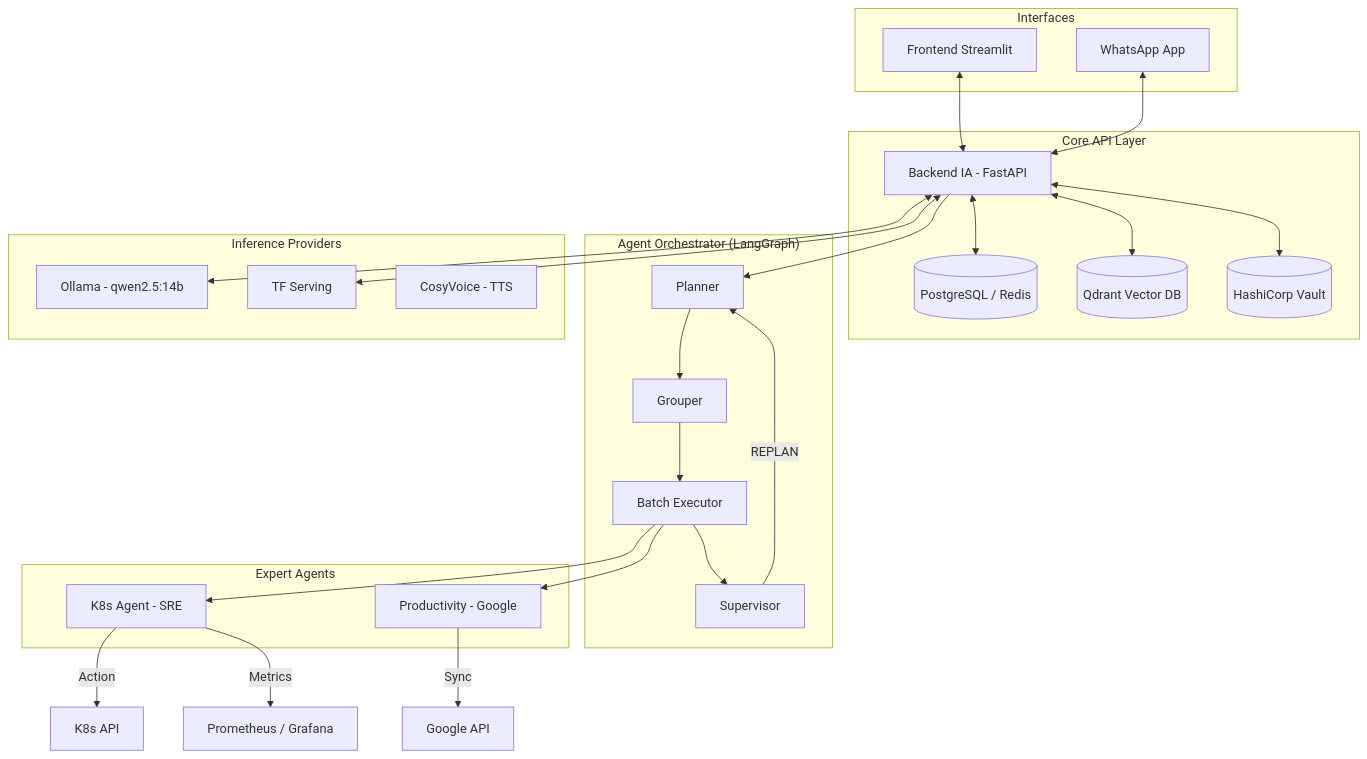
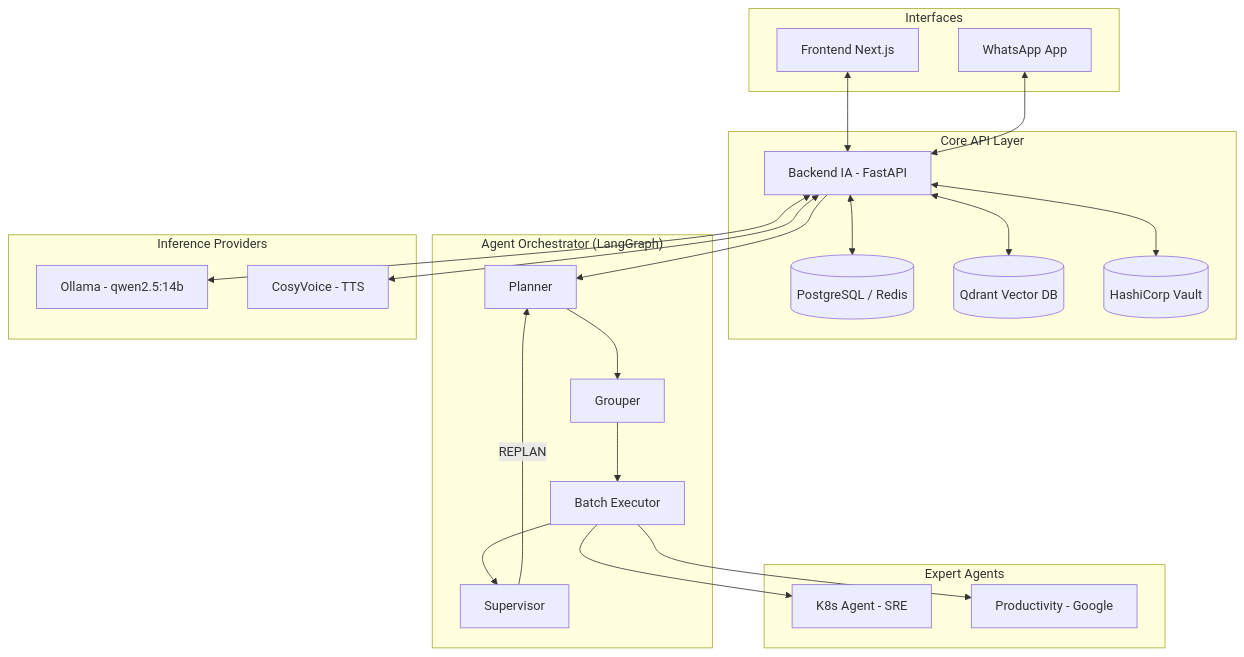
The diagram in README.md (ricardogs26/amael-ia), drawn with Mermaid before and after one commit. The commit also changed other lines of this file, not shown here.

Commit message:
docs: sync README.md with latest Amael-IA architecture and versions from CLAUDE.md

````diff
--- a/README.md
+++ b/README.md
@@ -49,42 +60,38 @@
 ```mermaid
 graph TD
     subgraph "Interfaces"
-        UI[Frontend Streamlit]
+        UI[Frontend Next.js]
         WA[WhatsApp App]
     end
 
     subgraph "Core API Layer"
         BE[Backend IA - FastAPI]
         DB[(PostgreSQL / Redis)]
         VS[(Qdrant Vector DB)]
         VA[(HashiCorp Vault)]
     end
 
     subgraph "Agent Orchestrator (LangGraph)"
         BE --> PLAN[Planner]
         PLAN --> GRP[Grouper]
         GRP --> EXEC[Batch Executor]
         EXEC --> SUP[Supervisor]
         SUP -- REPLAN --> PLAN
     end
 
     subgraph "Expert Agents"
         K8S[K8s Agent - SRE]
         PROD[Productivity - Google]
     end
 
     subgraph "Inference Providers"
         OL[Ollama - qwen2.5:14b]
-        TF[TF Serving]
         CV[CosyVoice - TTS]
     end
 
     %% Connectivity
     UI & WA <--> BE
     BE <--> DB & VS & VA
-    BE <--> OL & TF
+    BE <--> OL & CV
     EXEC --> K8S & PROD
-    K8S -->|Action| KUBE[K8s API]
-    K8S -->|Metrics| PROM[Prometheus / Grafana]
-    PROD -->|Sync| GAPI[Google API]
 ```
````
